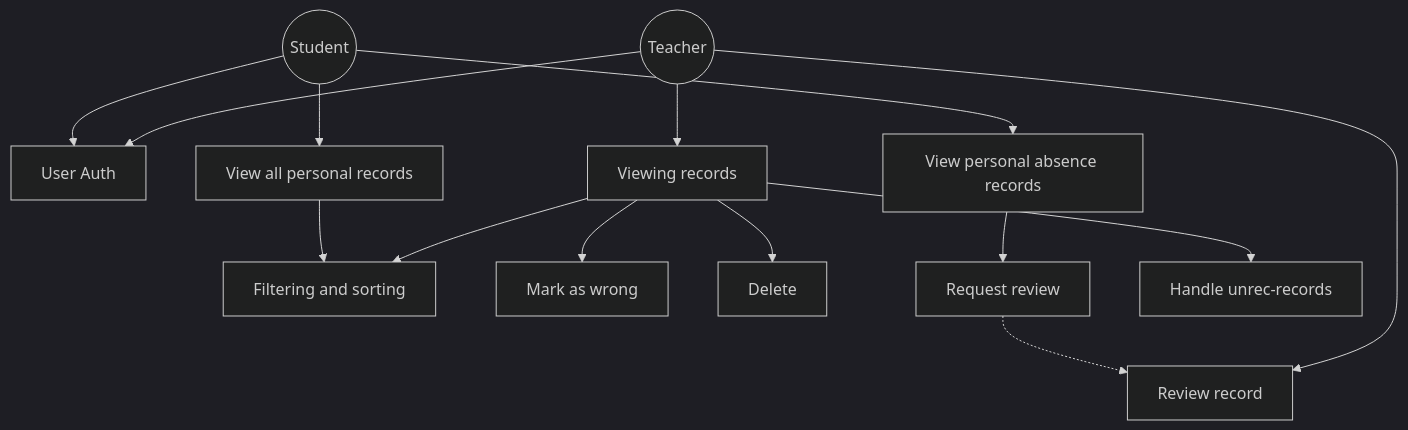
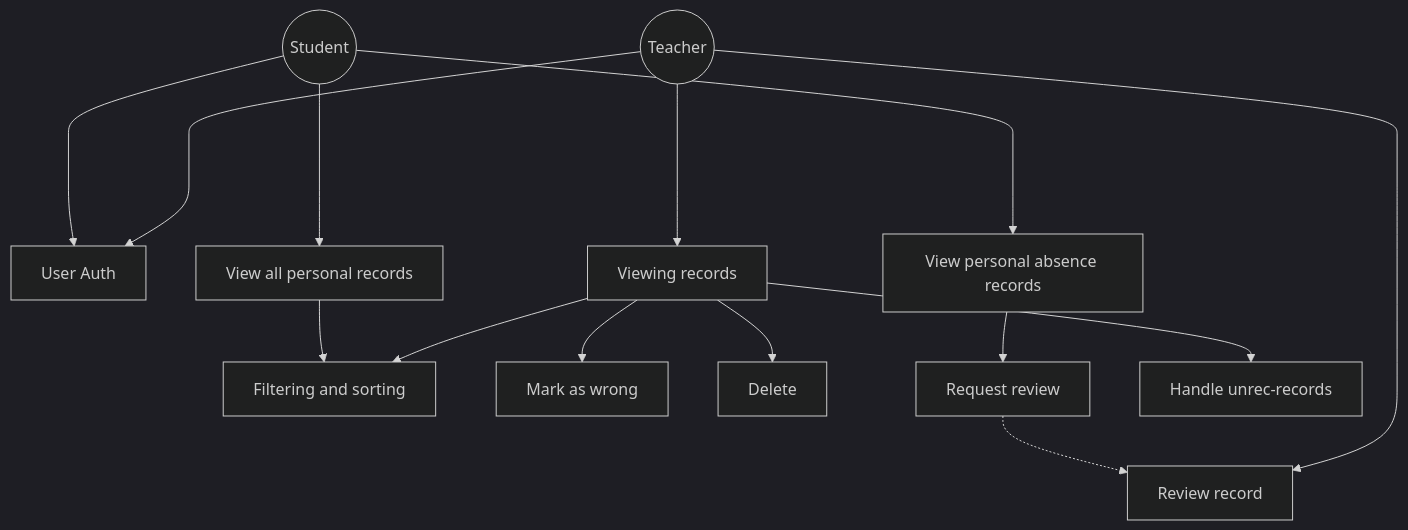
One commit to gocheto8/auto-attendance-system changed the diagram in diagrams/use-case/usecases01.md. Above: the diagram before and after it, drawn with Mermaid (dark theme).

````diff
--- a/diagrams/use-case/usecases01.md
+++ b/diagrams/use-case/usecases01.md
@@ -1,17 +1,17 @@
 ``` mermaid
 graph TD
-Tc((Teacher)) --> 1[User Auth]
-Tc --> 2[Viewing records] 
+Tc((Teacher)) ----> 1[User Auth]
+Tc ----> 2[Viewing records] 
 --> 3[Filtering and sorting]
 2 --> 4[Mark as wrong]
 2 --> 5[Delete]
-Tc --> 9[Review record]
+Tc ----> 9[Review record]
 2 --> 10[Handle unrec-records]
 
-St((Student)) --> 1
-St --> 6[View all personal records]
+St((Student)) ----> 1
+St ----> 6[View all personal records]
 6 --> 3
-St --> 7[View personal absence records] 
+St ----> 7[View personal absence records] 
 --> 8[Request review]
 8 -.-> 9
 ```
````
